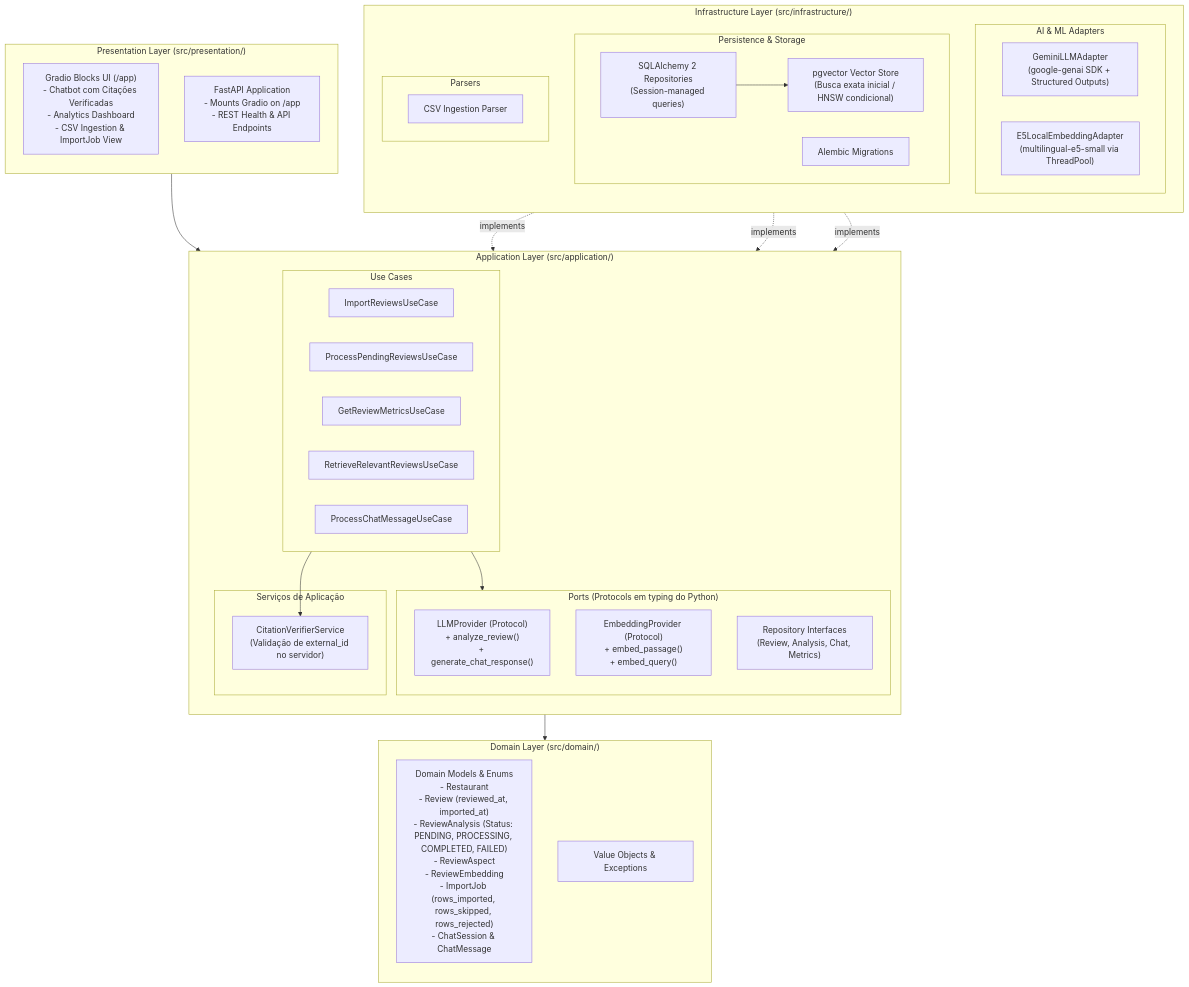
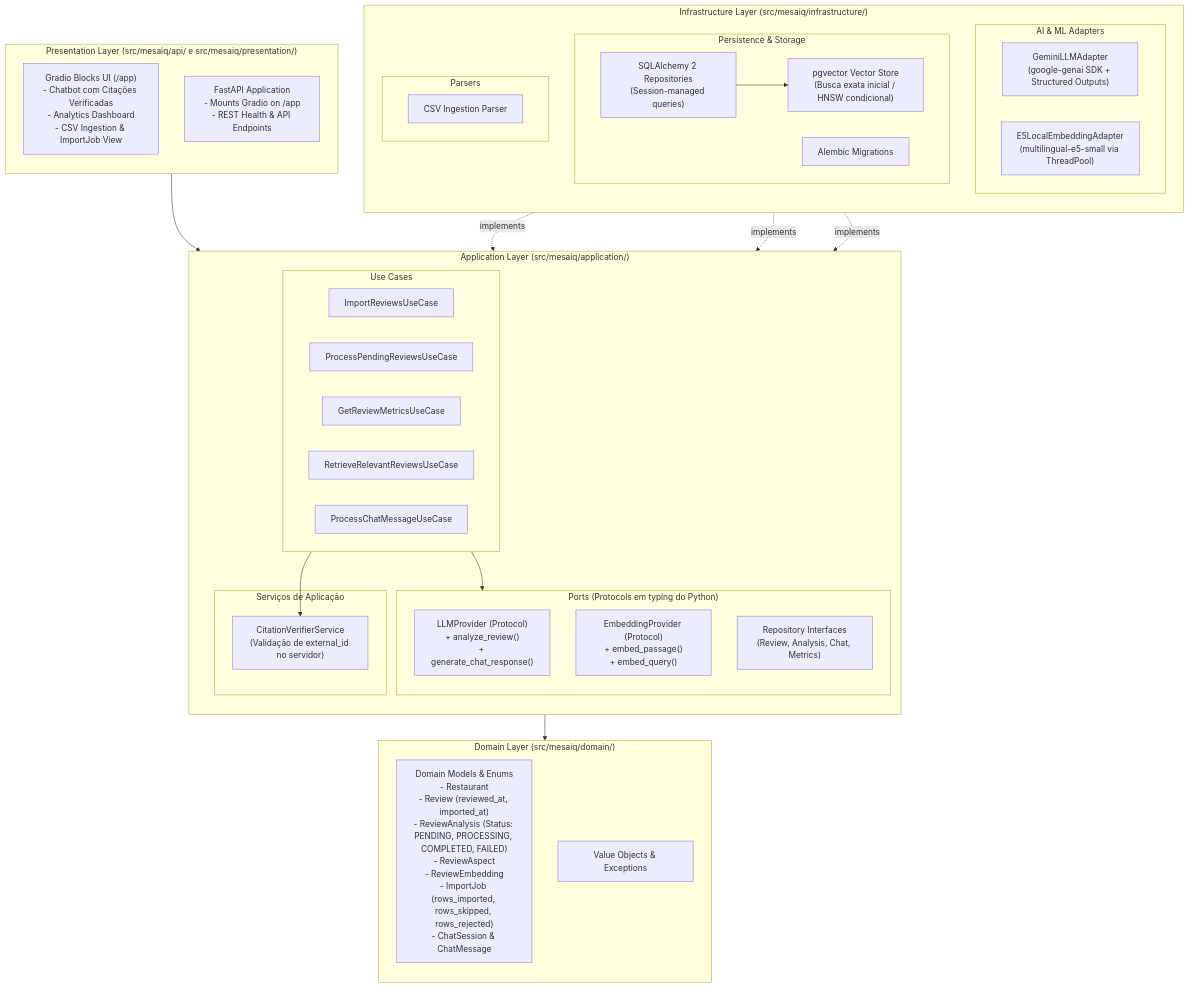
The first of 5 diagrams in docs/ARCHITECTURE.md (iMathCC/MesaIQ), drawn with Mermaid before and after one commit. The commit also changed other lines of this file and 29 other files, not shown here.

````diff
--- a/docs/ARCHITECTURE.md
+++ b/docs/ARCHITECTURE.md
@@ -15,62 +17,62 @@
 ```mermaid
 flowchart TB
-    subgraph PresentationLayer["Presentation Layer (src/presentation/)"]
+    subgraph PresentationLayer["Presentation Layer (src/mesaiq/api/ e src/mesaiq/presentation/)"]
         direction TB
         GradioApp["Gradio Blocks UI (/app)\n- Chatbot com Citações Verificadas\n- Analytics Dashboard\n- CSV Ingestion & ImportJob View"]
         FastAPIRouter["FastAPI Application\n- Mounts Gradio on /app\n- REST Health & API Endpoints"]
     end
 
-    subgraph ApplicationLayer["Application Layer (src/application/)"]
+    subgraph ApplicationLayer["Application Layer (src/mesaiq/application/)"]
         direction TB
         subgraph UseCases["Use Cases"]
             UC_Import["ImportReviewsUseCase"]
             UC_Analyze["ProcessPendingReviewsUseCase"]
             UC_Metrics["GetReviewMetricsUseCase"]
             UC_Search["RetrieveRelevantReviewsUseCase"]
             UC_Chat["ProcessChatMessageUseCase"]
         end
 
         subgraph Ports["Ports (Protocols em typing do Python)"]
             Port_LLM["LLMProvider (Protocol)\n+ analyze_review()\n+ generate_chat_response()"]
             Port_Embed["EmbeddingProvider (Protocol)\n+ embed_passage()\n+ embed_query()"]
             Port_Repo["Repository Interfaces\n(Review, Analysis, Chat, Metrics)"]
         end
 
         subgraph Verification["Serviços de Aplicação"]
             CitationVerifier["CitationVerifierService\n(Validação de external_id no servidor)"]
         end
     end
 
-    subgraph DomainLayer["Domain Layer (src/domain/)"]
+    subgraph DomainLayer["Domain Layer (src/mesaiq/domain/)"]
         direction TB
         Entities["Domain Models & Enums\n- Restaurant\n- Review (reviewed_at, imported_at)\n- ReviewAnalysis (Status: PENDING, PROCESSING, COMPLETED, FAILED)\n- ReviewAspect\n- ReviewEmbedding\n- ImportJob (rows_imported, rows_skipped, rows_rejected)\n- ChatSession & ChatMessage"]
         ValueObjects["Value Objects & Exceptions"]
     end
 
-    subgraph InfrastructureLayer["Infrastructure Layer (src/infrastructure/)"]
+    subgraph InfrastructureLayer["Infrastructure Layer (src/mesaiq/infrastructure/)"]
         direction TB
         subgraph AIAdapters["AI & ML Adapters"]
             GeminiAdapter["GeminiLLMAdapter\n(google-genai SDK + Structured Outputs)"]
             E5Adapter["E5LocalEmbeddingAdapter\n(multilingual-e5-small via ThreadPool)"]
         end
 
         subgraph PersistenceAdapters["Persistence & Storage"]
             SQLAlchemyRepos["SQLAlchemy 2 Repositories\n(Session-managed queries)"]
             AlembicMigrations["Alembic Migrations"]
             PGVectorStore["pgvector Vector Store\n(Busca exata inicial / HNSW condicional)"]
         end
 
         subgraph Parsers["Parsers"]
             CSVReader["CSV Ingestion Parser"]
         end
     end
 
     PresentationLayer --> UseCases
     UseCases --> DomainLayer
     UseCases --> Ports
     UseCases --> CitationVerifier
     AIAdapters -.->|implements| Port_LLM
     AIAdapters -.->|implements| Port_Embed
     PersistenceAdapters -.->|implements| Port_Repo
     SQLAlchemyRepos --> PGVectorStore
 ```
````
